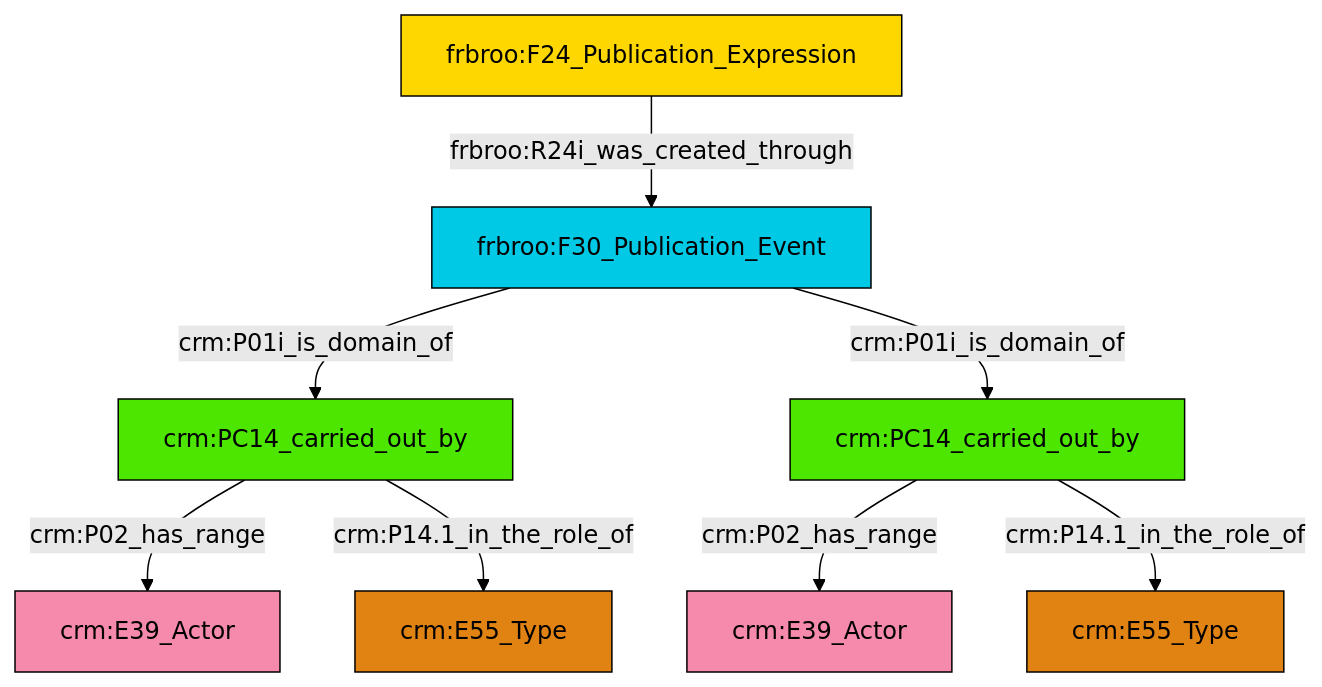
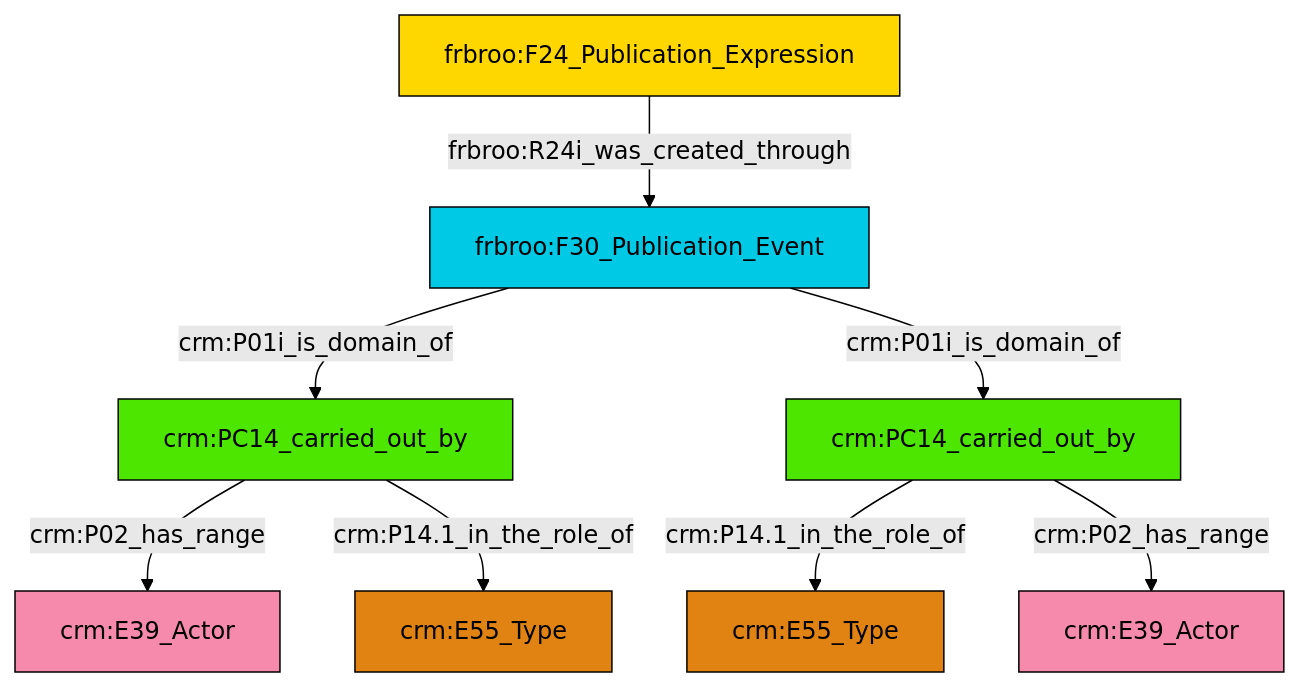
One commit to swiss-art-research-net/docs.swissartresearch changed the diagram in et/biblioCSV/ttl/mmd/biblio_actor_relations.ttl.mmd. Above: the diagram before and after it, drawn with Mermaid (forest theme). The commit also changed 172 other files, not shown here.

```diff
--- a/et/biblioCSV/ttl/mmd/biblio_actor_relations.ttl.mmd
+++ b/et/biblioCSV/ttl/mmd/biblio_actor_relations.ttl.mmd
@@ -1,22 +1,22 @@
 graph TD
 classDef Literal fill:#f2f2f2,stroke:#000000;
 classDef CRM_Entity fill:#FFFFFF,stroke:#000000;
 classDef Temporal_Entity fill:#00C9E6, stroke:#000000;
 classDef Type fill:#E18312, stroke:#000000;
 classDef Time-Span fill:#2C9C91, stroke:#000000;
 classDef Appellation fill:#FFEB7F, stroke:#000000;
 classDef Place fill:#008836, stroke:#000000;
 classDef Persistent_Item fill:#B266B2, stroke:#000000;
 classDef Conceptual_Object fill:#FFD700, stroke:#000000;
 classDef Physical_Thing fill:#D2B48C, stroke:#000000;
 classDef Actor fill:#f58aad, stroke:#000000;
 classDef PC_Classes fill:#4ce600, stroke:#000000;
 classDef Multi fill:#cccccc,stroke:#000000;
 
-2["frbroo:F24_Publication_Expression"]:::Conceptual_Object -->|frbroo:R24i_was_created_through| 3["frbroo:F30_Publication_Event"]:::Temporal_Entity
-3["frbroo:F30_Publication_Event"]:::Temporal_Entity -->|crm:P01i_is_domain_of| 6["crm:PC14_carried_out_by"]:::PC_Classes
-6["crm:PC14_carried_out_by"]:::PC_Classes -->|crm:P02_has_range| 4["crm:E39_Actor"]:::Actor
-6["crm:PC14_carried_out_by"]:::PC_Classes -->|crm:P14.1_in_the_role_of| 8["crm:E55_Type"]:::Type
-3["frbroo:F30_Publication_Event"]:::Temporal_Entity -->|crm:P01i_is_domain_of| 12["crm:PC14_carried_out_by"]:::PC_Classes
-12["crm:PC14_carried_out_by"]:::PC_Classes -->|crm:P02_has_range| 14["crm:E39_Actor"]:::Actor
-12["crm:PC14_carried_out_by"]:::PC_Classes -->|crm:P14.1_in_the_role_of| 0["crm:E55_Type"]:::Type
+0["crm:PC14_carried_out_by"]:::PC_Classes -->|crm:P14.1_in_the_role_of| 1["crm:E55_Type"]:::Type
+2["crm:PC14_carried_out_by"]:::PC_Classes -->|crm:P02_has_range| 3["crm:E39_Actor"]:::Actor
+7["frbroo:F30_Publication_Event"]:::Temporal_Entity -->|crm:P01i_is_domain_of| 2["crm:PC14_carried_out_by"]:::PC_Classes
+9["frbroo:F24_Publication_Expression"]:::Conceptual_Object -->|frbroo:R24i_was_created_through| 7["frbroo:F30_Publication_Event"]:::Temporal_Entity
+7["frbroo:F30_Publication_Event"]:::Temporal_Entity -->|crm:P01i_is_domain_of| 0["crm:PC14_carried_out_by"]:::PC_Classes
+0["crm:PC14_carried_out_by"]:::PC_Classes -->|crm:P02_has_range| 10["crm:E39_Actor"]:::Actor
+2["crm:PC14_carried_out_by"]:::PC_Classes -->|crm:P14.1_in_the_role_of| 4["crm:E55_Type"]:::Type
```
